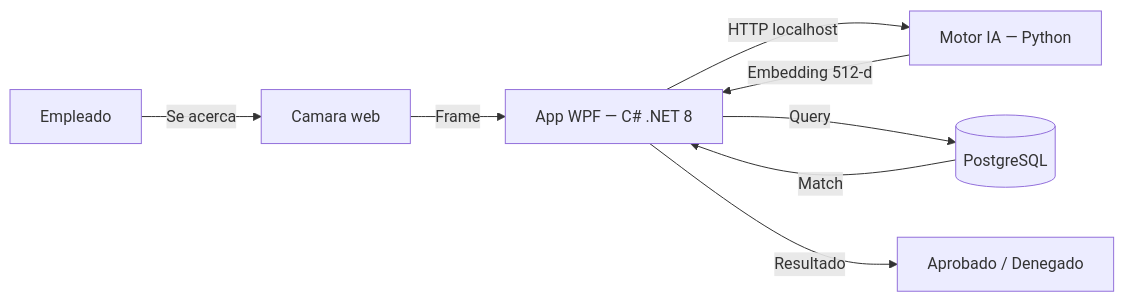
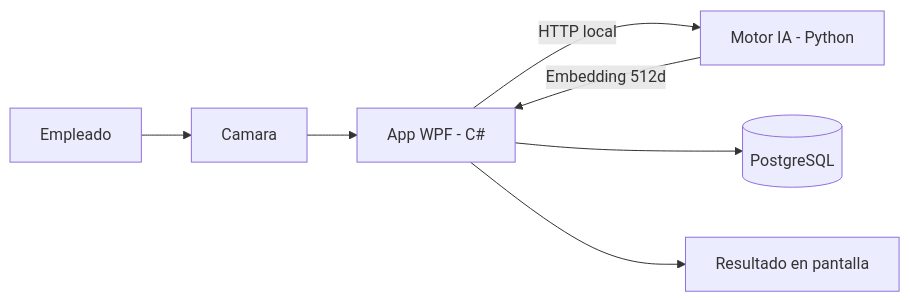
The diagram in docs/index.md (ramarstudio/RAMar_Repo), drawn with Mermaid before and after one commit. The commit also changed other lines of this file and 9 other files, not shown here.

````diff
--- a/docs/index.md
+++ b/docs/index.md
@@ -105,10 +34,9 @@
 ```mermaid
 graph LR
-    A[Empleado] -->|Se acerca| B[Camara web]
-    B -->|Frame| C[App WPF — C# .NET 8]
-    C -->|HTTP localhost| D[Motor IA — Python]
-    D -->|Embedding 512-d| C
-    C -->|Query| E[(PostgreSQL)]
-    E -->|Match| C
-    C -->|Resultado| F[Aprobado / Denegado]
+    A[Empleado] --> B[Camara]
+    B --> C[App WPF - C#]
+    C -->|HTTP local| D[Motor IA - Python]
+    D -->|Embedding 512d| C
+    C --> E[(PostgreSQL)]
+    C --> F[Resultado en pantalla]
 ```
````
